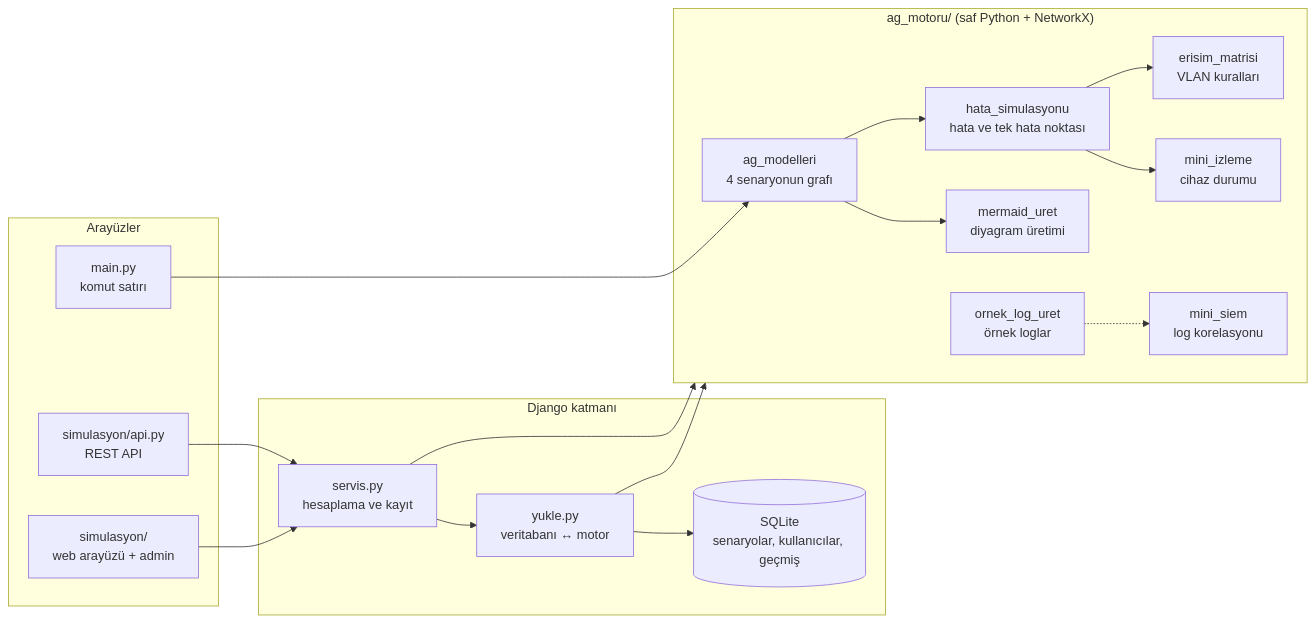
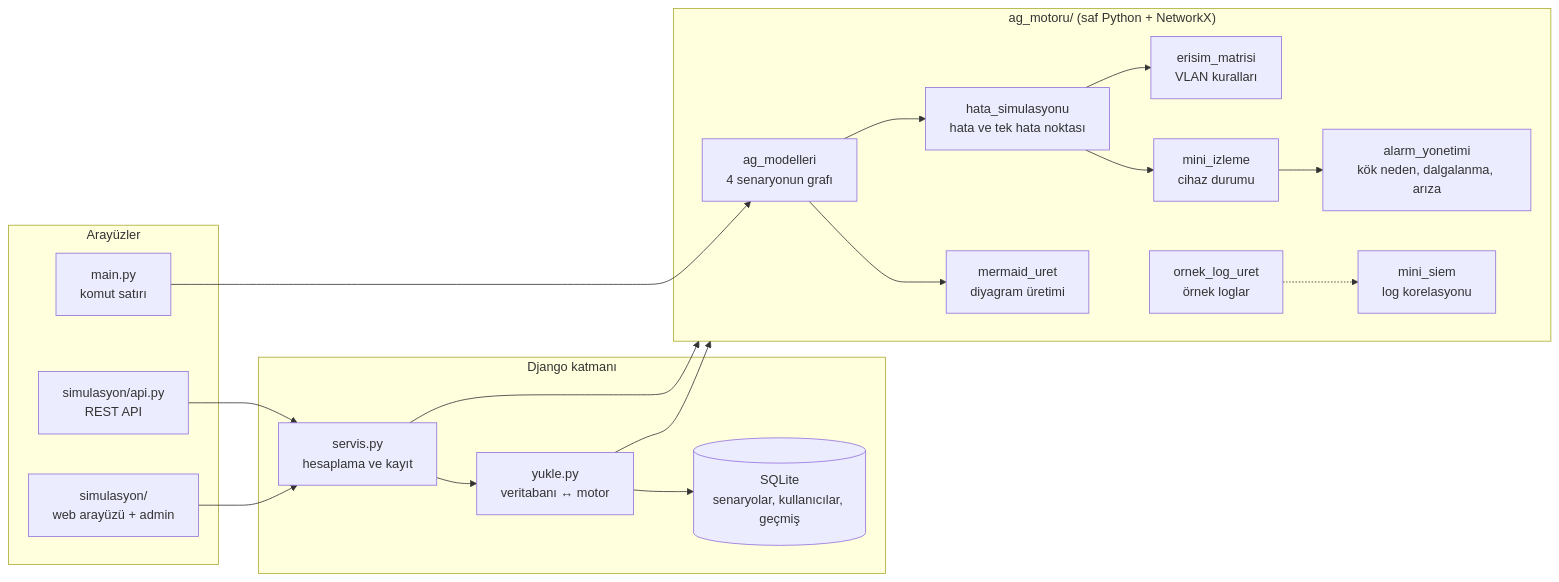
Before and after one commit to ikrabaser/network-topology-simulation: the first of 5 diagrams in README.md, drawn with Mermaid. The commit also changed other lines of this file and 4 other files, not shown here.

````diff
--- a/README.md
+++ b/README.md
@@ -22,34 +23,36 @@
 ```mermaid
 flowchart LR
     subgraph arayuz["Arayüzler"]
         cli["main.py<br/>komut satırı"]
         web["simulasyon/<br/>web arayüzü + admin"]
         api["simulasyon/api.py<br/>REST API"]
     end
     subgraph katman["Django katmanı"]
         servis["servis.py<br/>hesaplama ve kayıt"]
         yukle["yukle.py<br/>veritabanı ↔ motor"]
         db[("SQLite<br/>senaryolar, kullanıcılar, geçmiş")]
     end
     subgraph motor["ag_motoru/ (saf Python + NetworkX)"]
         modeller["ag_modelleri<br/>4 senaryonun grafı"]
         hata["hata_simulasyonu<br/>hata ve tek hata noktası"]
         erisim["erisim_matrisi<br/>VLAN kuralları"]
         izleme["mini_izleme<br/>cihaz durumu"]
+        alarm["alarm_yonetimi<br/>kök neden, dalgalanma, arıza"]
         diyagram["mermaid_uret<br/>diyagram üretimi"]
         siem["mini_siem<br/>log korelasyonu"]
         loglar["ornek_log_uret<br/>örnek loglar"]
     end
     modeller --> hata
     hata --> erisim
     hata --> izleme
+    izleme --> alarm
     modeller --> diyagram
     loglar -.-> siem
     cli --> modeller
     web --> servis
     api --> servis
     servis --> yukle
     yukle --> db
     yukle --> motor
     servis --> motor
 ```
````
